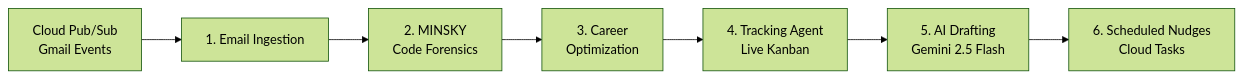
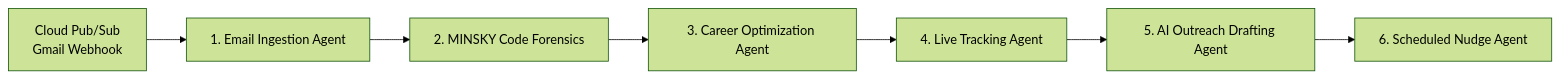
Before and after one commit to uselessdevloper/signal-: the diagram in README.md, drawn with Mermaid (forest theme). The commit also changed other lines of this file and 1 other file, not shown here.

````diff
--- a/README.md
+++ b/README.md
@@ -9,9 +30,9 @@
 ```mermaid
 flowchart LR
-    PubSub[Cloud Pub/Sub\nGmail Events] --> A1[1. Email Ingestion]
-    A1 --> A2[2. MINSKY\nCode Forensics]
-    A2 --> A3[3. Career\nOptimization]
-    A3 --> A4[4. Tracking Agent\nLive Kanban]
-    A4 --> A5[5. AI Drafting\nGemini 2.5 Flash]
-    A5 --> A6[6. Scheduled Nudges\nCloud Tasks]
+    PubSub[Cloud Pub/Sub\nGmail Webhook] --> A1[1. Email Ingestion Agent]
+    A1 --> A2[2. MINSKY Code Forensics]
+    A2 --> A3[3. Career Optimization Agent]
+    A3 --> A4[4. Live Tracking Agent]
+    A4 --> A5[5. AI Outreach Drafting Agent]
+    A5 --> A6[6. Scheduled Nudge Agent]
 ```
````
